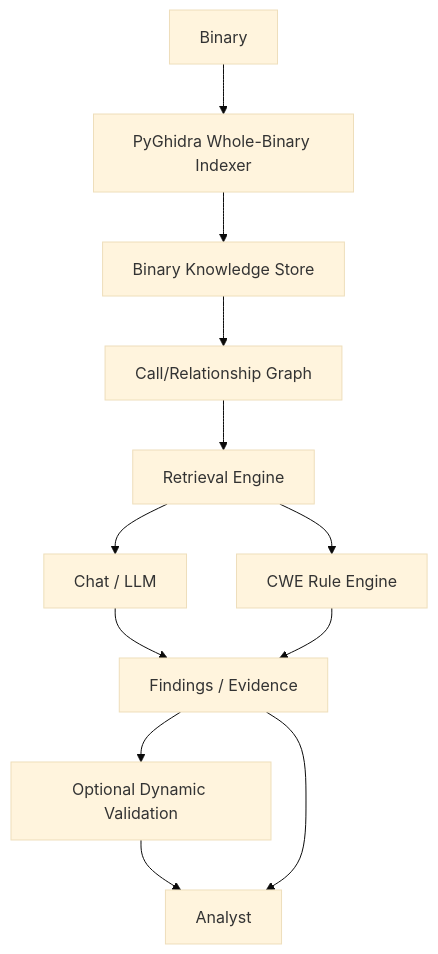
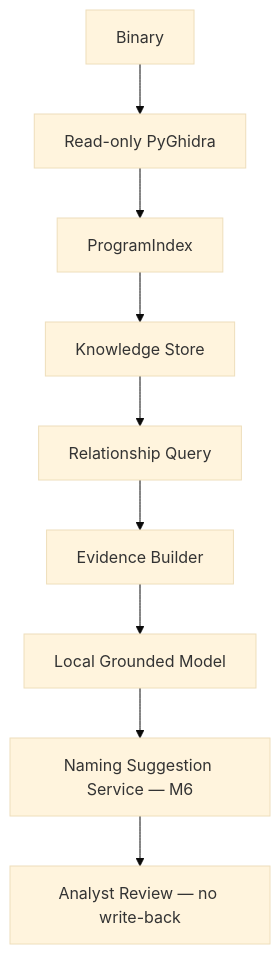
One commit to laurenerobinson/AIRE changed the diagram in docs/ARCHITECTURE.md. Above: the diagram before and after it, drawn with Mermaid (base theme). The commit also changed other lines of this file and 12 other files, not shown here.

Commit message:
Implement M6 analyst-controlled naming suggestions

````diff
--- a/docs/ARCHITECTURE.md
+++ b/docs/ARCHITECTURE.md
@@ -10,14 +10,11 @@
 ```mermaid
 flowchart TD
-    B[Binary] --> I[PyGhidra Whole-Binary Indexer]
-    I --> K[Binary Knowledge Store]
-    K --> G[Call/Relationship Graph]
-    G --> R[Retrieval Engine]
-    R --> L[Chat / LLM]
-    R --> C[CWE Rule Engine]
-    L --> F[Findings / Evidence]
-    C --> F
-    F --> V[Optional Dynamic Validation]
-    V --> A[Analyst]
-    F --> A
+    B[Binary] --> I[Read-only PyGhidra]
+    I --> P[ProgramIndex]
+    P --> K[Knowledge Store]
+    K --> G[Relationship Query]
+    G --> E[Evidence Builder]
+    E --> L[Local Grounded Model]
+    L --> N[Naming Suggestion Service — M6]
+    N --> A[Analyst Review — no write-back]
 ```
````
